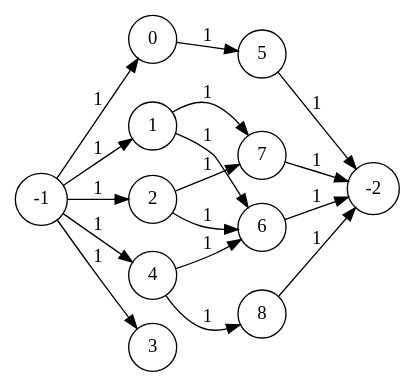
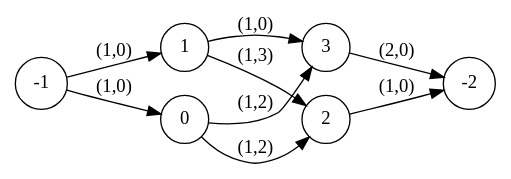
The diagram in graphs/graph_init.dot (jodorganistaca/ProjectOcaml), drawn with Graphviz before and after one commit. The commit also changed 6 other files, not shown here.

Commit message:
graph bp pret a etre utilises pour coup minimal

```diff
--- a/graphs/graph_init.dot
+++ b/graphs/graph_init.dot
@@ -1,21 +1,13 @@
 digraph dot_graph {
   rankdir=LR;
   size="18,15"
   node [shape=circle];
-  0 -> 5 [label = "1"]; 
-  1 -> 6 [label = "1"]; 
-  1 -> 7 [label = "1"]; 
-  2 -> 6 [label = "1"]; 
-  2 -> 7 [label = "1"]; 
-  4 -> 6 [label = "1"]; 
-  4 -> 8 [label = "1"]; 
-  5 -> -2 [label = "1"]; 
-  6 -> -2 [label = "1"]; 
-  7 -> -2 [label = "1"]; 
-  8 -> -2 [label = "1"]; 
-  -1 -> 0 [label = "1"]; 
-  -1 -> 1 [label = "1"]; 
-  -1 -> 2 [label = "1"]; 
-  -1 -> 3 [label = "1"]; 
-  -1 -> 4 [label = "1"]; 
+  -1 -> 1 [label = "(1,0)"]; 
+  -1 -> 0 [label = "(1,0)"]; 
+  3 -> -2 [label = "(2,0)"]; 
+  2 -> -2 [label = "(1,0)"]; 
+  1 -> 3 [label = "(1,0)"]; 
+  1 -> 2 [label = "(1,3)"]; 
+  0 -> 3 [label = "(1,2)"]; 
+  0 -> 2 [label = "(1,2)"]; 
 }
```
